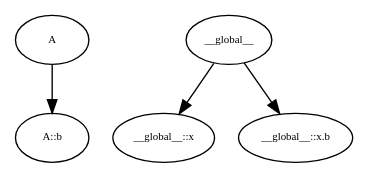
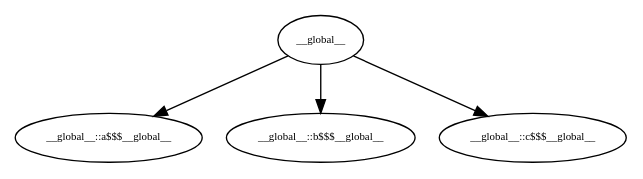
Before and after one commit to HarelOpler/livescript-inference: the diagram in graphs/property_class_tree.dot, drawn with Graphviz. The commit also changed 18 other files, not shown here.

```diff
--- a/graphs/property_class_tree.dot
+++ b/graphs/property_class_tree.dot
@@ -1,38 +1,33 @@
 digraph RGL__DirectedAdjacencyGraph {
-    A [
-        fontsize = 8,
-        label = A
-    ]
-
-    "A::b" [
-        fontsize = 8,
-        label = "A::b"
-    ]
-
     __global__ [
         fontsize = 8,
         label = __global__
     ]
 
-    "__global__::x" [
+    "__global__::a$$$__global__" [
         fontsize = 8,
-        label = "__global__::x"
+        label = "__global__::a$$$__global__"
     ]
 
-    "__global__::x.b" [
+    "__global__::b$$$__global__" [
         fontsize = 8,
-        label = "__global__::x.b"
+        label = "__global__::b$$$__global__"
     ]
 
-    A -> "A::b" [
+    "__global__::c$$$__global__" [
+        fontsize = 8,
+        label = "__global__::c$$$__global__"
+    ]
+
+    __global__ -> "__global__::a$$$__global__" [
         fontsize = 8
     ]
 
-    __global__ -> "__global__::x" [
+    __global__ -> "__global__::b$$$__global__" [
         fontsize = 8
     ]
 
-    __global__ -> "__global__::x.b" [
+    __global__ -> "__global__::c$$$__global__" [
         fontsize = 8
     ]
 }
```
